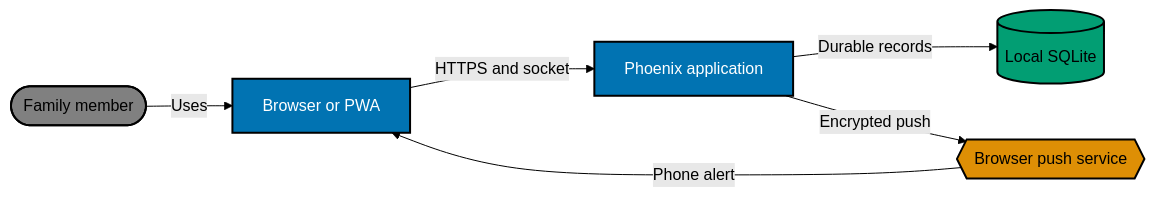
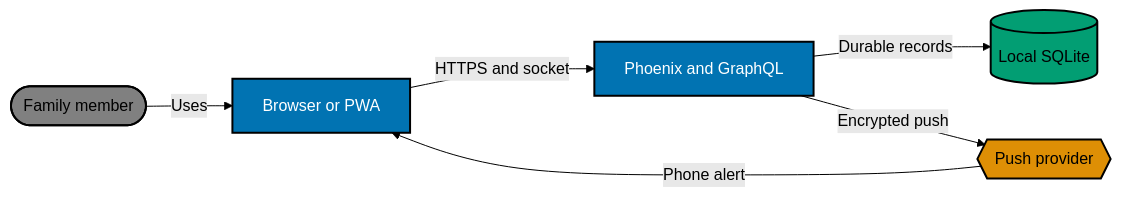
Before and after one commit to wahidyankf/beaver-nest: the first of 2 diagrams in plans/in-progress/family-chat-room/tech-docs/001-architecture-and-data-flow.md, drawn with Mermaid (forest theme). The commit also changed other lines of this file and 22 other files, not shown here.

````diff
--- a/plans/in-progress/family-chat-room/tech-docs/001-architecture-and-data-flow.md
+++ b/plans/in-progress/family-chat-room/tech-docs/001-architecture-and-data-flow.md
@@ -15,26 +32,26 @@
 ```mermaid
 flowchart LR
     accTitle: Family chat context
-    accDescr: Authenticated family devices exchange durable messages through Bnest, while optional encrypted Web Push reaches browser push services.
+    accDescr: Authenticated family devices use GraphQL while SQLite remains authoritative and push remains optional.
 
     member([Family member])
-    pwa[Browser or PWA]
-    bnest[Phoenix application]
+    browser[Browser or PWA]
+    bnest[Phoenix and GraphQL]
     sqlite[(Local SQLite)]
-    push{{Browser push service}}
+    push{{Push provider}}
 
-    member -->|Uses| pwa
-    pwa -->|HTTPS and socket| bnest
+    member -->|Uses| browser
+    browser -->|HTTPS and socket| bnest
     bnest -->|Durable records| sqlite
     bnest -->|Encrypted push| push
-    push -->|Phone alert| pwa
+    push -->|Phone alert| browser
 
     classDef person fill:#808080,stroke:#000000,color:#000000,stroke-width:2px
     classDef app fill:#0173B2,stroke:#000000,color:#FFFFFF,stroke-width:2px
     classDef data fill:#029E73,stroke:#000000,color:#000000,stroke-width:2px
     classDef external fill:#DE8F05,stroke:#000000,color:#000000,stroke-width:2px
     class member person
-    class pwa,bnest app
+    class browser,bnest app
     class sqlite data
     class push external
 ```
````
